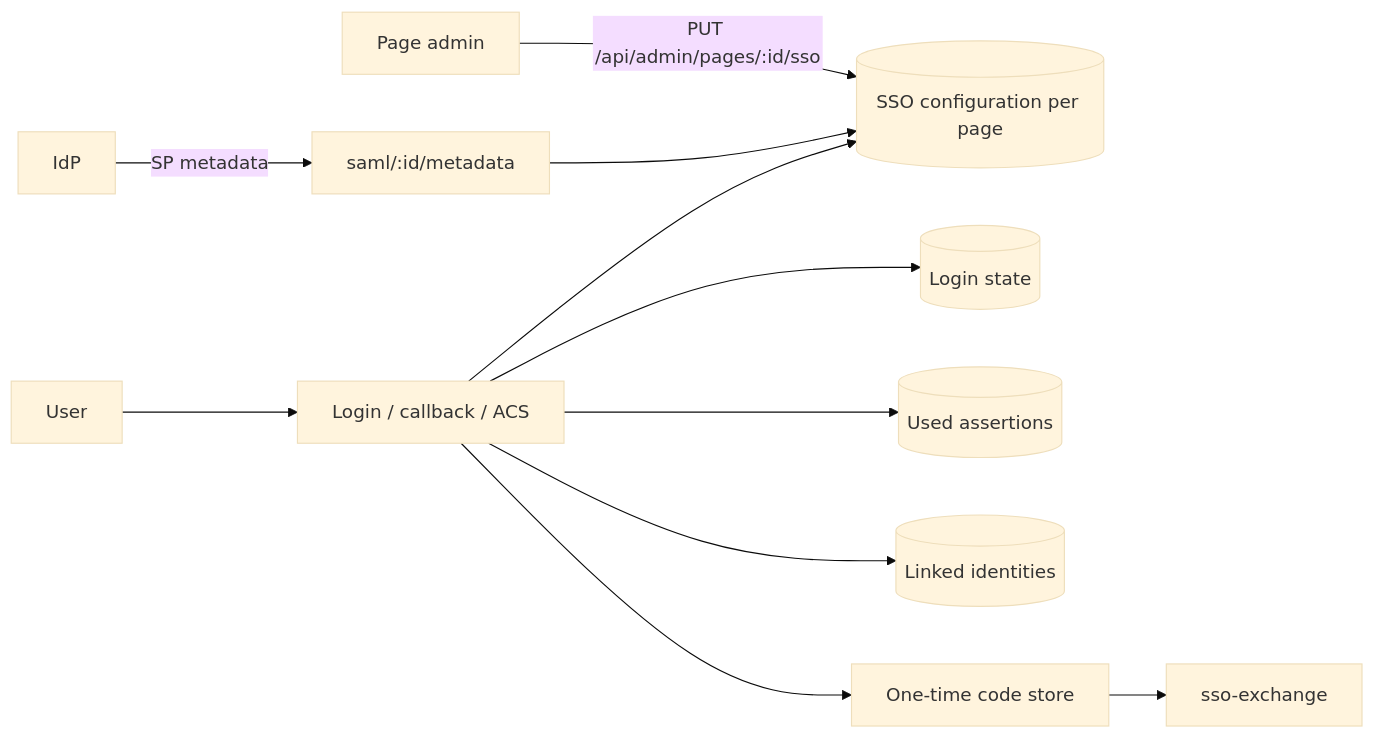
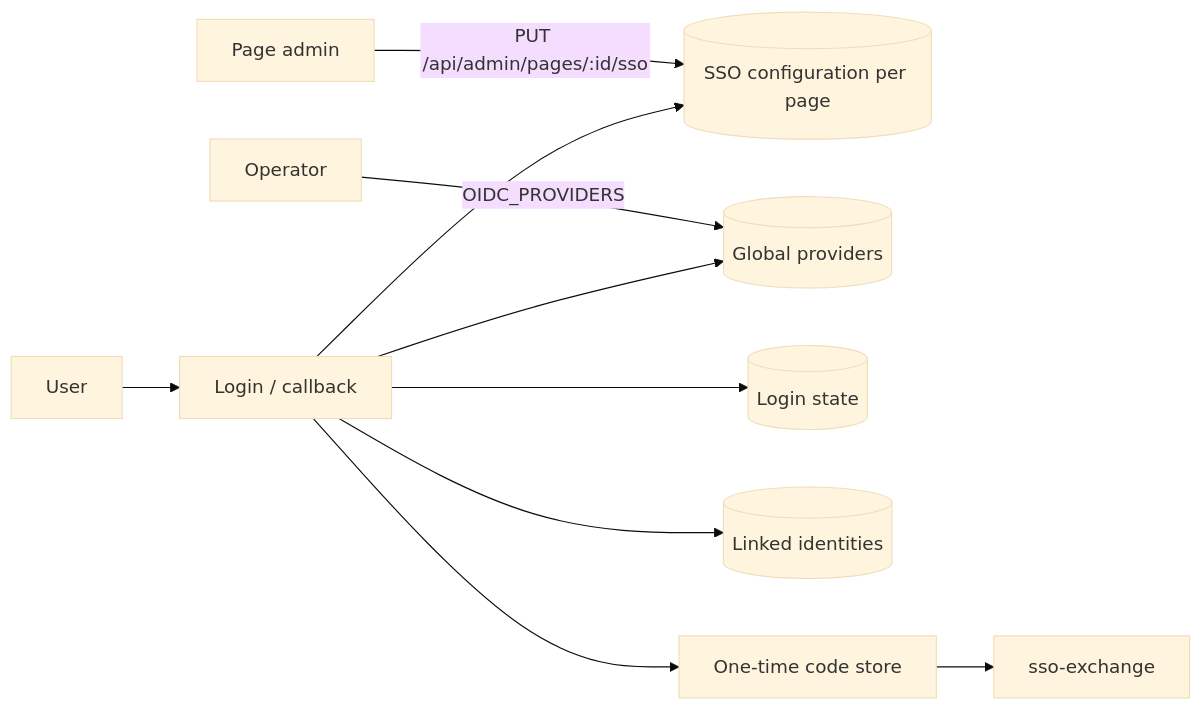
Before and after one commit to FrAigner/statushafen: the fourth of 4 diagrams in docs/sso/en/architecture.md, drawn with Mermaid (base theme). The commit also changed other lines of this file and 176 other files, not shown here.

First line of the commit message:
Sign-in only via generic OIDC, optional password login, return to origin (#25)

````diff
--- a/docs/sso/en/architecture.md
+++ b/docs/sso/en/architecture.md
@@ -87,13 +122,12 @@
 ```mermaid
 flowchart LR
     A[Page admin] -->|PUT /api/admin/pages/:id/sso| C[(SSO configuration per page)]
-    U[User] --> L[Login / callback / ACS]
-    I[IdP] -->|SP metadata| M[saml/:id/metadata]
-    M --> C
+    O[Operator] -->|OIDC_PROVIDERS| G[(Global providers)]
+    U[User] --> L[Login / callback]
+    L --> G
     L --> C
     L --> D[(Login state)]
-    L --> R[(Used assertions)]
     L --> K[(Linked identities)]
     L --> X[One-time code store]
     X --> E[sso-exchange]
 ```
````
